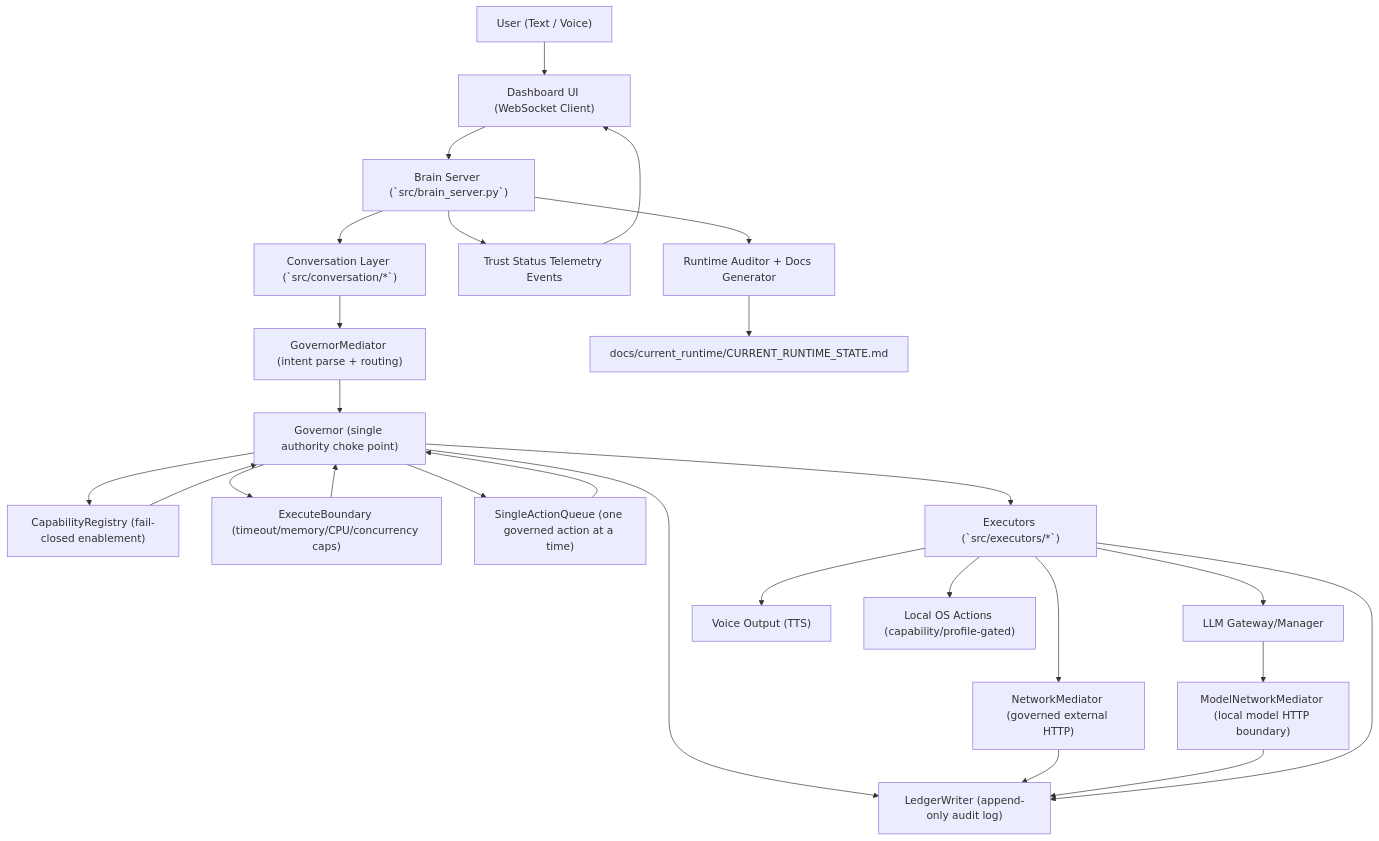
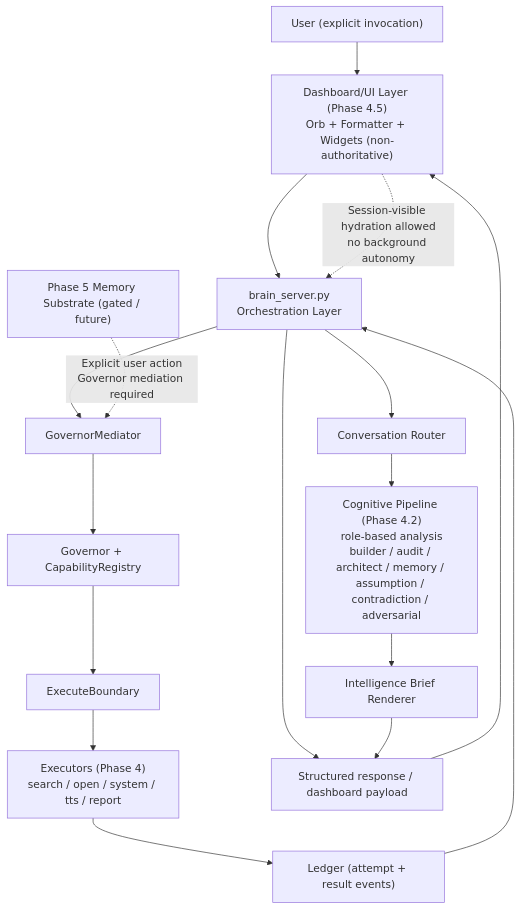
One commit to christopherbdaugherty96/NovaLIS changed the diagram in docs/NOVA_OFFICIAL_ARCHITECTURE_MAP.md. Above: the diagram before and after it, drawn with Mermaid. The commit also changed other lines of this file and 17 other files, not shown here.

Commit message:
(Cognition -> brain_server -> GovernorMediator)

````diff
--- a/docs/NOVA_OFFICIAL_ARCHITECTURE_MAP.md
+++ b/docs/NOVA_OFFICIAL_ARCHITECTURE_MAP.md
@@ -6,36 +6,23 @@
 ```mermaid
 flowchart TD
-    U["User (Text / Voice)"] --> UI["Dashboard UI (WebSocket Client)"]
-    UI --> BS["Brain Server (`src/brain_server.py`)"]
+    U["User (explicit invocation)"] --> UI["Dashboard/UI Layer (Phase 4.5)\nOrb + Formatter + Widgets (non-authoritative)"]
+    UI --> BS["brain_server.py\nOrchestration Layer"]
 
-    BS --> CR["Conversation Layer (`src/conversation/*`)"]
-    CR --> GM["GovernorMediator (intent parse + routing)"]
+    BS --> GM["GovernorMediator"]
+    GM --> GOV["Governor + CapabilityRegistry"]
+    GOV --> EB["ExecuteBoundary"]
+    EB --> EX["Executors (Phase 4)\nsearch / open / system / tts / report"]
+    EX --> LED["Ledger (attempt + result events)"]
+    LED --> BS
 
-    GM --> GOV["Governor (single authority choke point)"]
-    GOV --> REG["CapabilityRegistry (fail-closed enablement)"]
-    GOV --> EB["ExecuteBoundary (timeout/memory/CPU/concurrency caps)"]
-    GOV --> SAQ["SingleActionQueue (one governed action at a time)"]
+    BS --> OUT["Structured response / dashboard payload"]
+    OUT --> UI
 
-    REG --> GOV
-    EB --> GOV
-    SAQ --> GOV
+    BS --> CR["Conversation Router"]
+    CR --> CP["Cognitive Pipeline (Phase 4.2)\nrole-based analysis\nbuilder / audit / architect / memory / assumption / contradiction / adversarial"]
+    CP --> RND["Intelligence Brief Renderer"]
+    RND --> OUT
 
-    GOV --> EX["Executors (`src/executors/*`)"]
-    EX --> NM["NetworkMediator (governed external HTTP)"]
-    EX --> LMM["LLM Gateway/Manager"]
-    LMM --> MNM["ModelNetworkMediator (local model HTTP boundary)"]
-
-    EX --> TTS["Voice Output (TTS)"]
-    EX --> OS["Local OS Actions (capability/profile-gated)"]
-
-    GOV --> LED["LedgerWriter (append-only audit log)"]
-    NM --> LED
-    MNM --> LED
-    EX --> LED
-
-    BS --> TS["Trust Status Telemetry Events"]
-    TS --> UI
-
-    BS --> RR["Runtime Auditor + Docs Generator"]
-    RR --> CRT["`docs/current_runtime/CURRENT_RUNTIME_STATE.md`"]
+    UI -.->|"Session-visible hydration allowed\nno background autonomy"| BS
+    P5["Phase 5 Memory Substrate (gated / future)"] -.->|"Explicit user action\nGovernor mediation required"| GM
 ```
````
